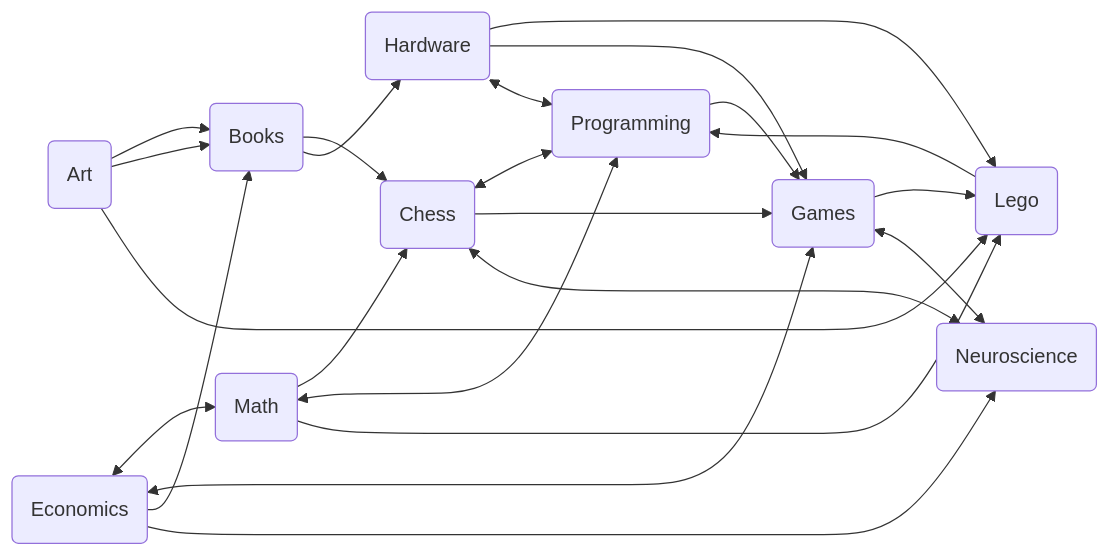
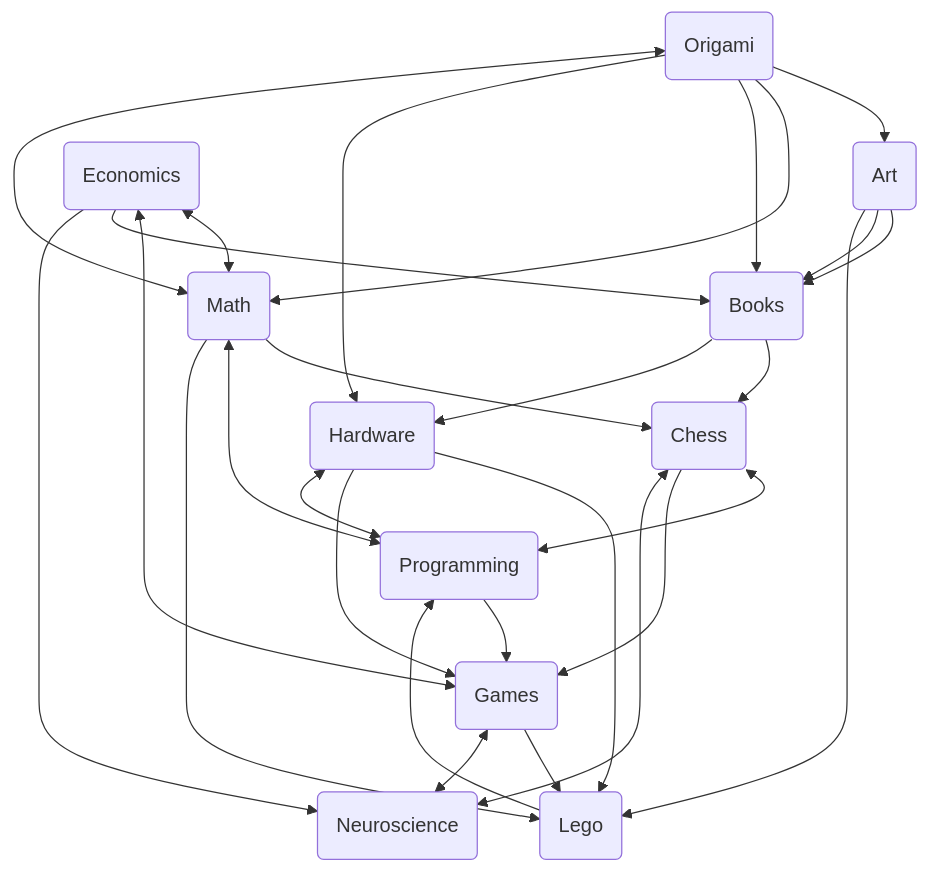
The diagram in README.md (Rockroyal305/Rockroyal305), drawn with Mermaid before and after one commit.

Commit message:
links on diagram

````diff
--- a/README.md
+++ b/README.md
@@ -5,23 +5,30 @@
 ```mermaid
-  flowchart LR;
+  flowchart TD;
     M(Math) --> C(Chess)
     M <--> P(Programming)
     C <--> P
     C & P --> G(Games)
     B(Books)
     A(Art) --> B
     A --> B
     E(Economics) <--> M & G
     B --> C
     E --> B
     A & M & G --> L(Lego)
     L --> P
     H(Hardware) --> L & G
     H <--> P
     B --> H
     C <--> N(Neuroscience)
     G <--> N
     E --> N
-    
-    
+    O(Origami) --> A
+    O --> M & B & H
+    O <--> M
+    click A "https://rockroyal305.github.io/Rockroyal.github.io/art.html"
+    click C "https://rockroyal305.github.io/Rockroyal.github.io/index.html#chess"
+    click L "https://rockroyal305.github.io/Rockroyal.github.io/art.html#lego-concepts"
+    click P "https://rockroyal305.github.io/Rockroyal.github.io/index.html#programming--ai"
+    click N "https://rockroyal305.github.io/Rockroyal.github.io/index.html#neuroscience"
+    click H "https://rockroyal305.github.io/Rockroyal.github.io/index.html#robotics"
 ```
````
